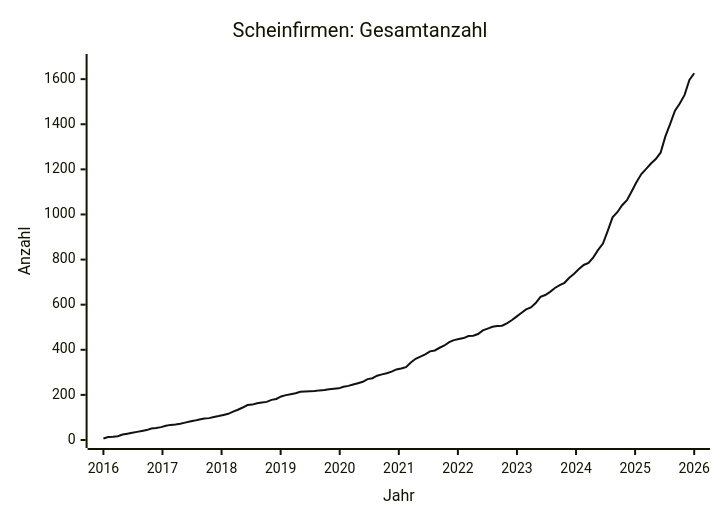
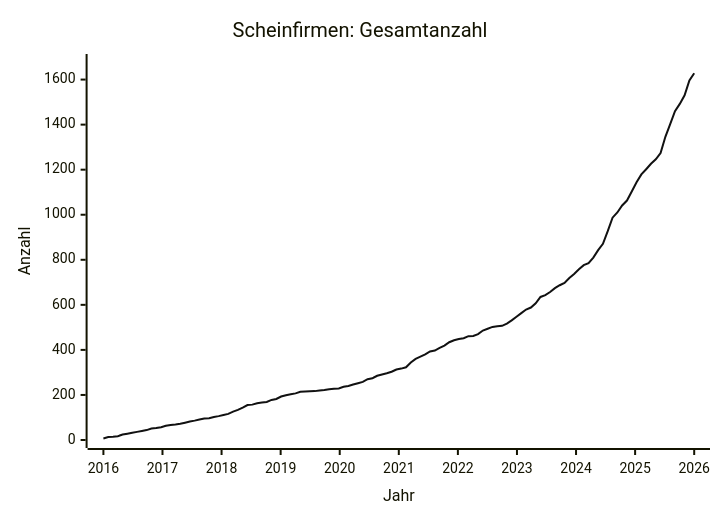
One commit to arjoma/scheinfirmen-at changed the diagram in data/STATS.md. Above: the diagram before and after it, drawn with Mermaid. The commit also changed other lines of this file and 3 other files, not shown here.

````diff
--- a/data/STATS.md
+++ b/data/STATS.md
@@ -9,13 +9,13 @@
 ```mermaid
 ---
 config:
   themeVariables:
     xyChart:
       plotColorPalette: "#111111"
 ---
 xychart-beta
     title "Scheinfirmen: Gesamtanzahl"
     x-axis "Jahr" 2016 --> 2026
-    y-axis "Anzahl" 0 --> 1676
-    line [7, 13, 14, 17, 24, 28, 32, 36, 40, 44, 51, 53, 57, 63, 67, 69, 72, 77, 82, 86, 91, 95, 97, 102, 106, 111, 116, 126, 134, 144, 155, 157, 163, 166, 169, 178, 182, 193, 199, 203, 207, 214, 215, 216, 217, 220, 222, 225, 227, 229, 236, 240, 246, 252, 258, 270, 274, 285, 291, 296, 303, 313, 317, 323, 344, 360, 370, 380, 393, 397, 409, 419, 434, 443, 448, 452, 461, 462, 470, 486, 494, 502, 505, 507, 517, 531, 547, 563, 579, 588, 607, 635, 643, 657, 674, 687, 697, 719, 737, 758, 776, 785, 810, 843, 871, 927, 987, 1010, 1041, 1063, 1103, 1144, 1179, 1202, 1226, 1246, 1274, 1346, 1402, 1460, 1492, 1530, 1596, 1626]
+    y-axis "Anzahl" 0 --> 1678
+    line [7, 13, 14, 17, 24, 28, 32, 36, 40, 44, 51, 53, 57, 63, 67, 69, 72, 77, 82, 86, 91, 95, 97, 102, 106, 111, 116, 126, 134, 144, 155, 157, 163, 166, 169, 178, 182, 193, 199, 203, 207, 214, 215, 216, 217, 220, 222, 225, 227, 229, 236, 240, 246, 252, 258, 270, 274, 285, 291, 296, 303, 313, 317, 323, 344, 360, 370, 380, 393, 397, 409, 419, 434, 443, 448, 452, 461, 462, 470, 486, 494, 502, 505, 507, 517, 531, 547, 563, 579, 588, 607, 635, 643, 657, 674, 687, 697, 719, 737, 758, 776, 785, 810, 843, 871, 927, 987, 1010, 1041, 1063, 1103, 1144, 1179, 1202, 1226, 1246, 1274, 1346, 1402, 1460, 1492, 1530, 1596, 1628]
 ```
````
